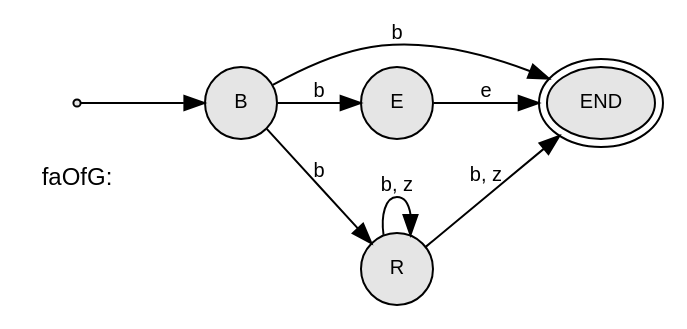
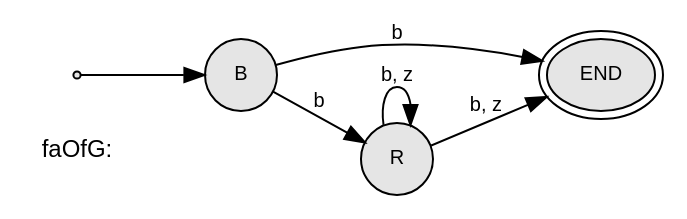
One commit to seventinnine/FCW1 changed the diagram in UE03/src/faOfG.gv. Above: the diagram before and after it, drawn with Graphviz. The commit also changed 17 other files, not shown here.

```diff
--- a/UE03/src/faOfG.gv
+++ b/UE03/src/faOfG.gv
@@ -1,19 +1,17 @@
 digraph finite_state_machine {
 
   rankdir = LR;
 
   node [fontname = Arial fontsize = 10 style = filled fillcolor = gray90]
   "faOfG:" [shape = none style = "" fontsize = 12];
   node [shape = point]; START; // shape for START node
   node [shape = ellipse peripheries = 2] "END"; // shape for final nodes
   node [shape = circle peripheries = 1];  // shape for non-final nodes
   START -> "B";
 
-  "B" -> "E" [label = "b" fontname = Arial fontsize = 10]; 
   "B" -> "END" [label = "b" fontname = Arial fontsize = 10]; 
   "B" -> "R" [label = "b" fontname = Arial fontsize = 10]; 
-  "E" -> "END" [label = "e" fontname = Arial fontsize = 10]; 
   "R" -> "END" [label = "b, z" fontname = Arial fontsize = 10]; 
   "R" -> "R" [label = "b, z" fontname = Arial fontsize = 10]; 
 
 }
```
